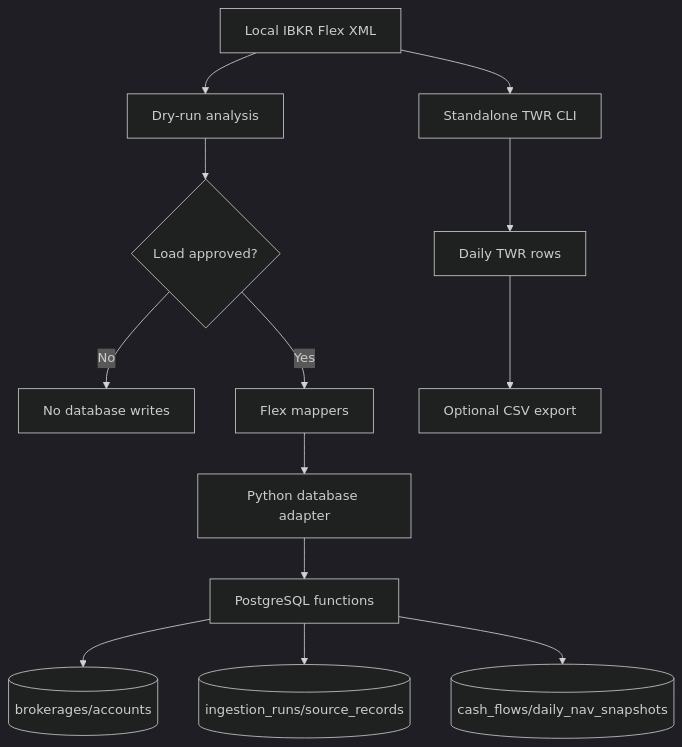
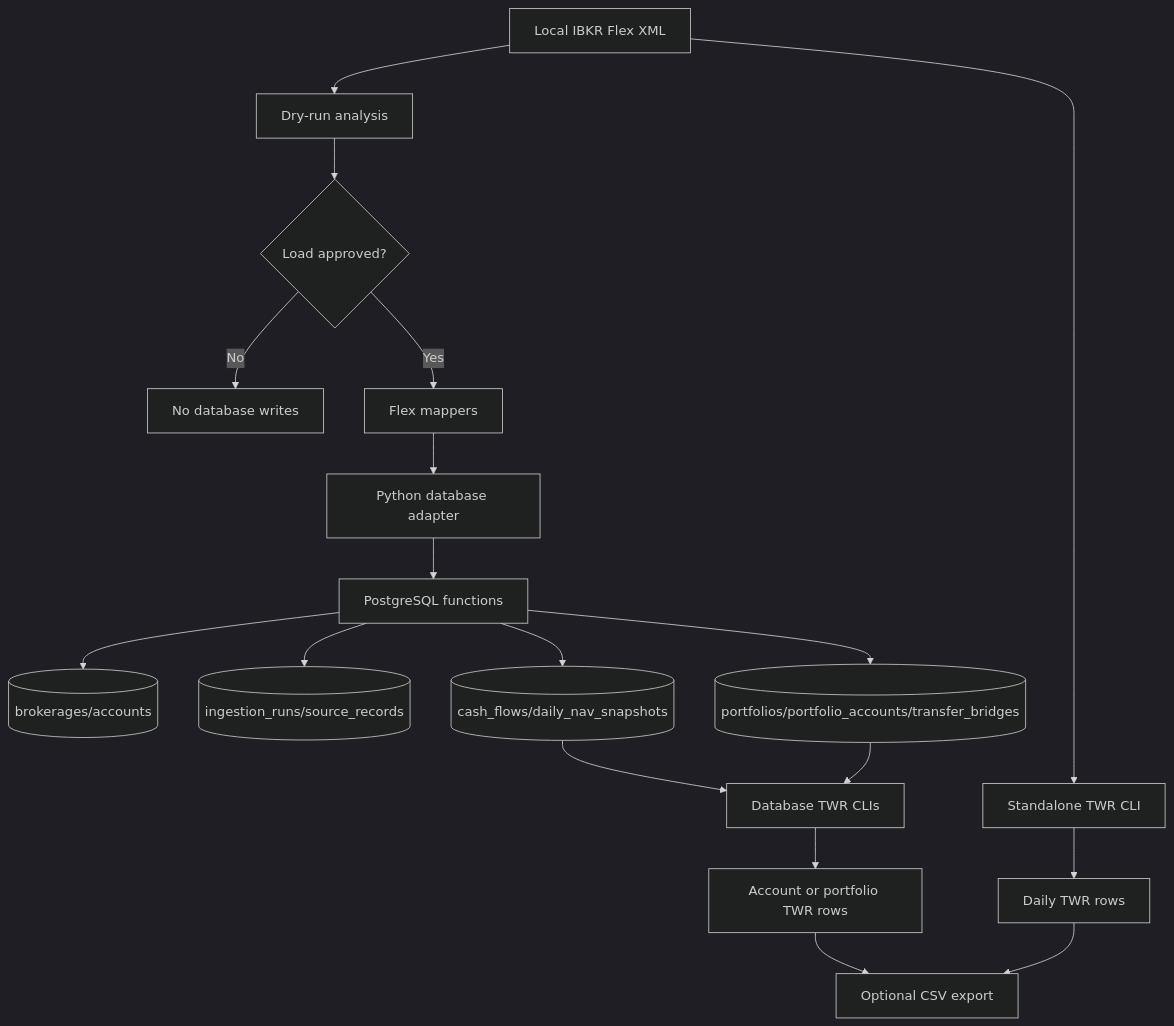
One commit to aninditkarmakar/superfolio changed the diagram in docs/architecture.md. Above: the diagram before and after it, drawn with Mermaid (dark theme). The commit also changed other lines of this file and 3 other files, not shown here.

Commit message:
docs: update README and architecture documentation to reflect portfolio-level TWR calculations and ingestion workflows

````diff
--- a/docs/architecture.md
+++ b/docs/architecture.md
@@ -20,16 +22,22 @@
 ```mermaid
 flowchart TD
     A[Local IBKR Flex XML] --> B[Dry-run analysis]
     B --> C{Load approved?}
     C -->|No| D[No database writes]
     C -->|Yes| E[Flex mappers]
     E --> F[Python database adapter]
     F --> G[PostgreSQL functions]
     G --> H[(brokerages/accounts)]
     G --> I[(ingestion_runs/source_records)]
     G --> J[(cash_flows/daily_nav_snapshots)]
+    G --> N[(portfolios/portfolio_accounts/transfer_bridges)]
 
     A --> K[Standalone TWR CLI]
     K --> L[Daily TWR rows]
     L --> M[Optional CSV export]
+
+    J --> O[Database TWR CLIs]
+    N --> O
+    O --> P[Account or portfolio TWR rows]
+    P --> M
 ```
````
